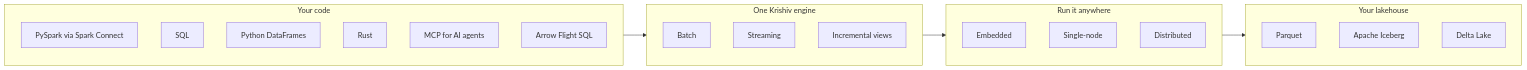
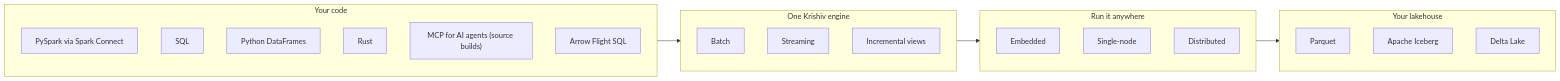
The diagram in README.md (KrishivAI/krishiv-engine), drawn with Mermaid before and after one commit. The commit also changed other lines of this file and 2 other files, not shown here.

Commit message:
docs: the README says the MCP server is in source builds only; the collations guide lists which builds have ICU (acceptance R1-AD-1, R1-D-8 docs half)
The README's "agentic era" row and diagram said a built-in MCP server; no
release binary, Docker image or wheel has the `mcp` feature.

The collations guide still said ICU was not in 0.2.0. It now has a table of
builds (crate default, binary and Docker image: yes; Python wheels: no),
what a build without ICU raises, and the Spark Connect route from Python.

````diff
--- a/README.md
+++ b/README.md
@@ -215,27 +215,27 @@
 ```mermaid
 flowchart LR
     subgraph APIs["Your code"]
         A1["PySpark via Spark Connect"]
         A2["SQL"]
         A3["Python DataFrames"]
         A4["Rust"]
-        A5["MCP for AI agents"]
+        A5["MCP for AI agents (source builds)"]
         A6["Arrow Flight SQL"]
     end
     subgraph Engine["One Krishiv engine"]
         E1["Batch"]
         E2["Streaming"]
         E3["Incremental views"]
     end
     subgraph Deploy["Run it anywhere"]
         D1["Embedded"]
         D2["Single-node"]
         D3["Distributed"]
     end
     subgraph Lake["Your lakehouse"]
         L1["Parquet"]
         L2["Apache Iceberg"]
         L3["Delta Lake"]
     end
     APIs --> Engine --> Deploy --> Lake
 ```
````
